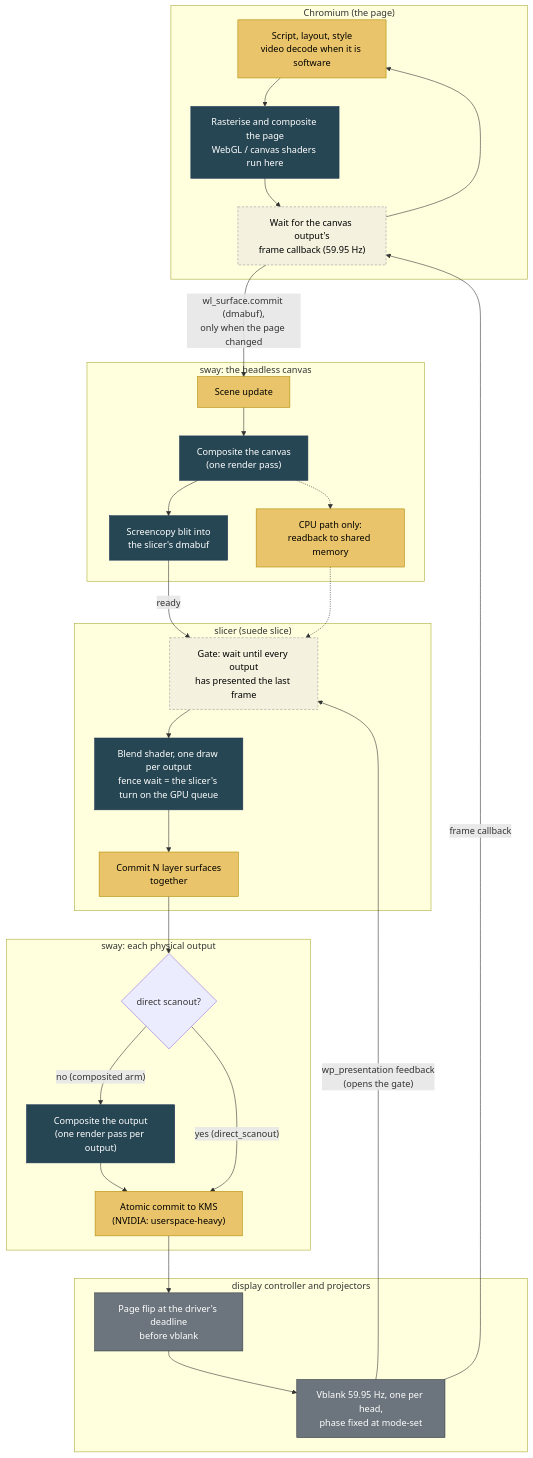
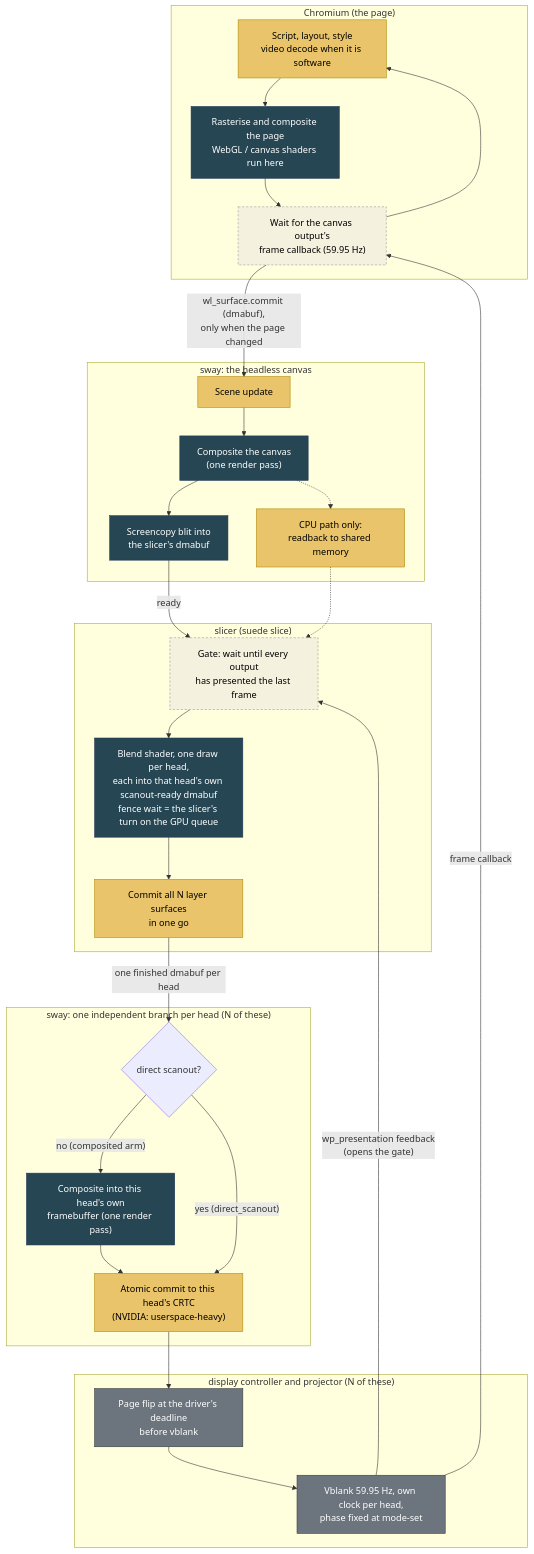
Before and after one commit to gameshowpro/Suede: the first of 2 diagrams in docs/how-it-works.md, drawn with Mermaid. The commit also changed other lines of this file and 4 other files, not shown here.

````diff
--- a/docs/how-it-works.md
+++ b/docs/how-it-works.md
@@ -50,52 +50,52 @@
 ```mermaid
 flowchart TB
     classDef gpu fill:#264653,color:#fff,stroke:#1d3557
     classDef cpu fill:#e9c46a,color:#000,stroke:#b08900
     classDef wait fill:#f4f1de,color:#000,stroke:#999,stroke-dasharray: 4 3
     classDef hw fill:#6c757d,color:#fff,stroke:#343a40
 
     subgraph page ["Chromium (the page)"]
         JS["Script, layout, style<br/>video decode when it is software"]:::cpu
         RAST["Rasterise and composite the page<br/>WebGL / canvas shaders run here"]:::gpu
         FC["Wait for the canvas output's<br/>frame callback (59.95 Hz)"]:::wait
         JS --> RAST --> FC --> JS
     end
 
     subgraph sway1 ["sway: the headless canvas"]
         SC["Scene update"]:::cpu
         COMP["Composite the canvas<br/>(one render pass)"]:::gpu
         CAP["Screencopy blit into<br/>the slicer's dmabuf"]:::gpu
         CAPCPU["CPU path only:<br/>readback to shared memory"]:::cpu
         SC --> COMP --> CAP
         COMP -.-> CAPCPU
     end
 
     subgraph slicer ["slicer (suede slice)"]
         GATE["Gate: wait until every output<br/>has presented the last frame"]:::wait
-        BLEND["Blend shader, one draw per output<br/>fence wait = the slicer's turn on the GPU queue"]:::gpu
-        COMMIT["Commit N layer surfaces<br/>together"]:::cpu
+        BLEND["Blend shader, one draw per head,<br/>each into that head's own scanout-ready dmabuf<br/>fence wait = the slicer's turn on the GPU queue"]:::gpu
+        COMMIT["Commit all N layer surfaces<br/>in one go"]:::cpu
         GATE --> BLEND --> COMMIT
     end
 
-    subgraph sway2 ["sway: each physical output"]
+    subgraph sway2 ["sway: one independent branch per head (N of these)"]
         DS{"direct scanout?"}
-        OCOMP["Composite the output<br/>(one render pass per output)"]:::gpu
-        KMS["Atomic commit to KMS<br/>(NVIDIA: userspace-heavy)"]:::cpu
+        OCOMP["Composite into this head's own<br/>framebuffer (one render pass)"]:::gpu
+        KMS["Atomic commit to this head's CRTC<br/>(NVIDIA: userspace-heavy)"]:::cpu
         DS -- "no (composited arm)" --> OCOMP --> KMS
         DS -- "yes (direct_scanout)" --> KMS
     end
 
-    subgraph hw ["display controller and projectors"]
+    subgraph hw ["display controller and projector (N of these)"]
         FLIP["Page flip at the driver's deadline<br/>before vblank"]:::hw
-        VB["Vblank 59.95 Hz, one per head,<br/>phase fixed at mode-set"]:::hw
+        VB["Vblank 59.95 Hz, own clock per head,<br/>phase fixed at mode-set"]:::hw
         FLIP --> VB
     end
 
     FC -- "wl_surface.commit (dmabuf),<br/>only when the page changed" --> SC
     CAP -- "ready" --> GATE
     CAPCPU -.-> GATE
-    COMMIT --> DS
+    COMMIT -- "one finished dmabuf per head" --> DS
     KMS --> FLIP
     VB -- "wp_presentation feedback<br/>(opens the gate)" --> GATE
     VB -- "frame callback" --> FC
 ```
````
